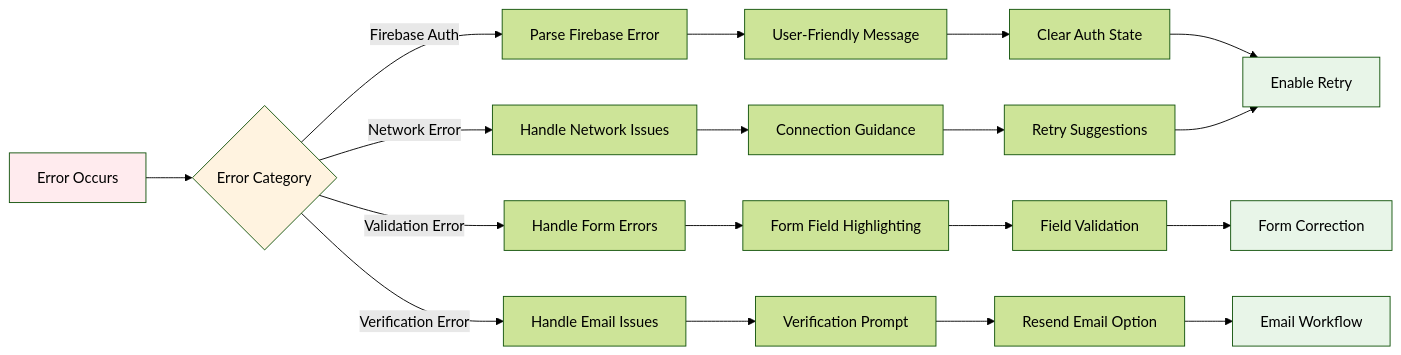
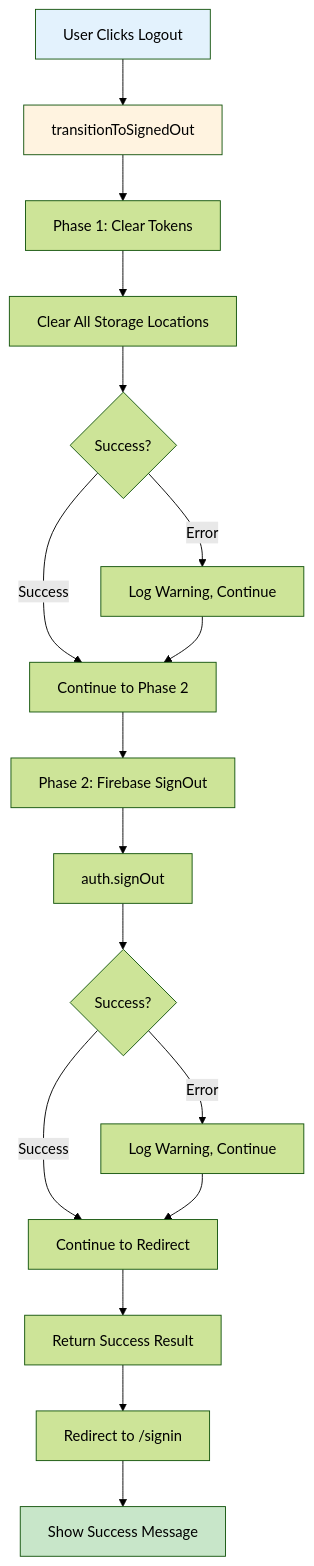
The third of 7 diagrams in docs/signin.md (benxgao/certifai-app), drawn with Mermaid (forest theme) before and after one commit. The commit also changed other lines of this file and 3 other files, not shown here.

Commit message:
Solidate signin - phase 4

````diff
--- a/docs/signin.md
+++ b/docs/signin.md
@@ -285,30 +142,28 @@
 ```mermaid
-graph LR
-    A[Error Occurs] --> B{Error Category}
+graph TD
+    A[User Clicks Logout] --> B[transitionToSignedOut]
 
-    B -->|Firebase Auth| C[Parse Firebase Error]
-    B -->|Network Error| D[Handle Network Issues]
-    B -->|Validation Error| E[Handle Form Errors]
-    B -->|Verification Error| F[Handle Email Issues]
+    B --> C[Phase 1: Clear Tokens]
+    C --> D[Clear All Storage Locations]
+    D --> E{Success?}
 
-    C --> G[User-Friendly Message]
-    D --> H[Connection Guidance]
-    E --> I[Form Field Highlighting]
-    F --> J[Verification Prompt]
+    E -->|Error| F[Log Warning, Continue]
+    E -->|Success| G[Continue to Phase 2]
+    F --> G
 
-    G --> K[Clear Auth State]
-    H --> L[Retry Suggestions]
-    I --> M[Field Validation]
-    J --> N[Resend Email Option]
+    G --> H[Phase 2: Firebase SignOut]
+    H --> I[auth.signOut]
+    I --> J{Success?}
 
-    K --> O[Enable Retry]
-    L --> O
-    M --> P[Form Correction]
-    N --> Q[Email Workflow]
+    J -->|Error| K[Log Warning, Continue]
+    J -->|Success| L[Continue to Redirect]
+    K --> L
 
-    style A fill:#ffebee
+    L --> M[Return Success Result]
+    M --> N[Redirect to /signin]
+    N --> O[Show Success Message]
+
+    style A fill:#e3f2fd
     style B fill:#fff3e0
-    style O fill:#e8f5e8
-    style P fill:#e8f5e8
-    style Q fill:#e8f5e8
+    style O fill:#c8e6c9
 ```
````
